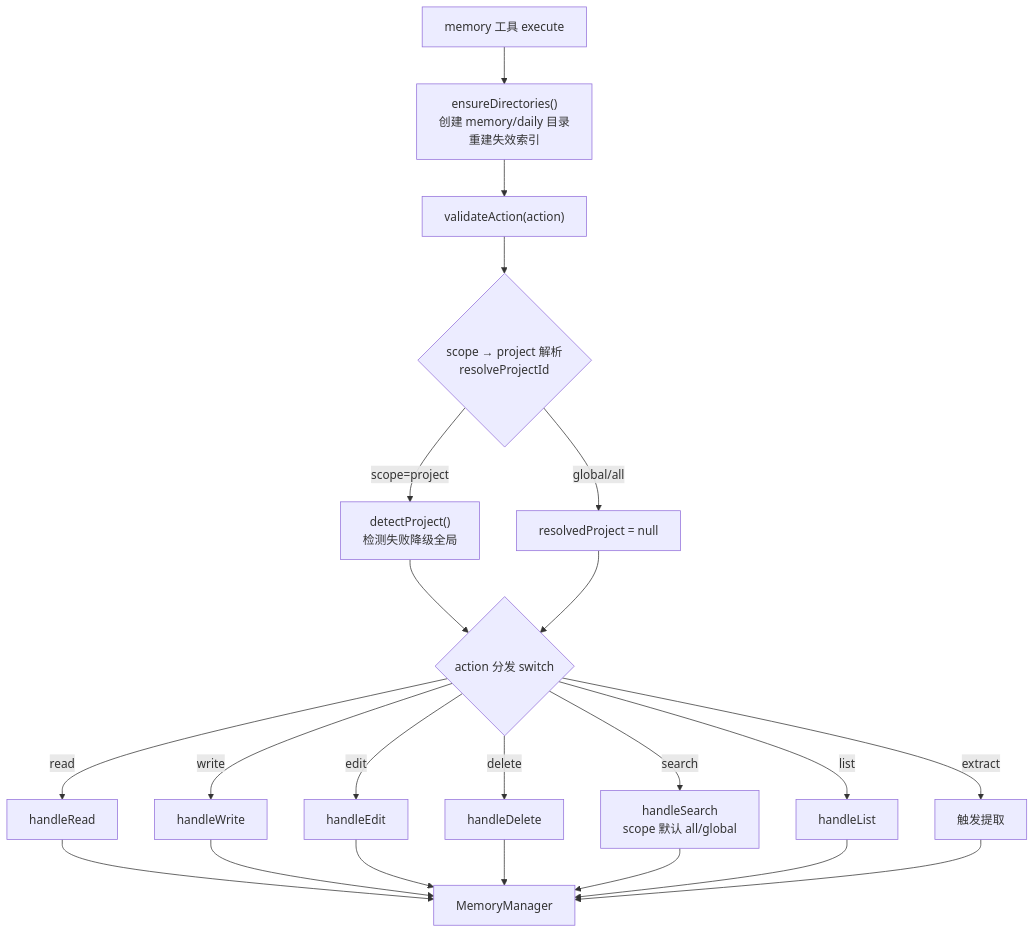
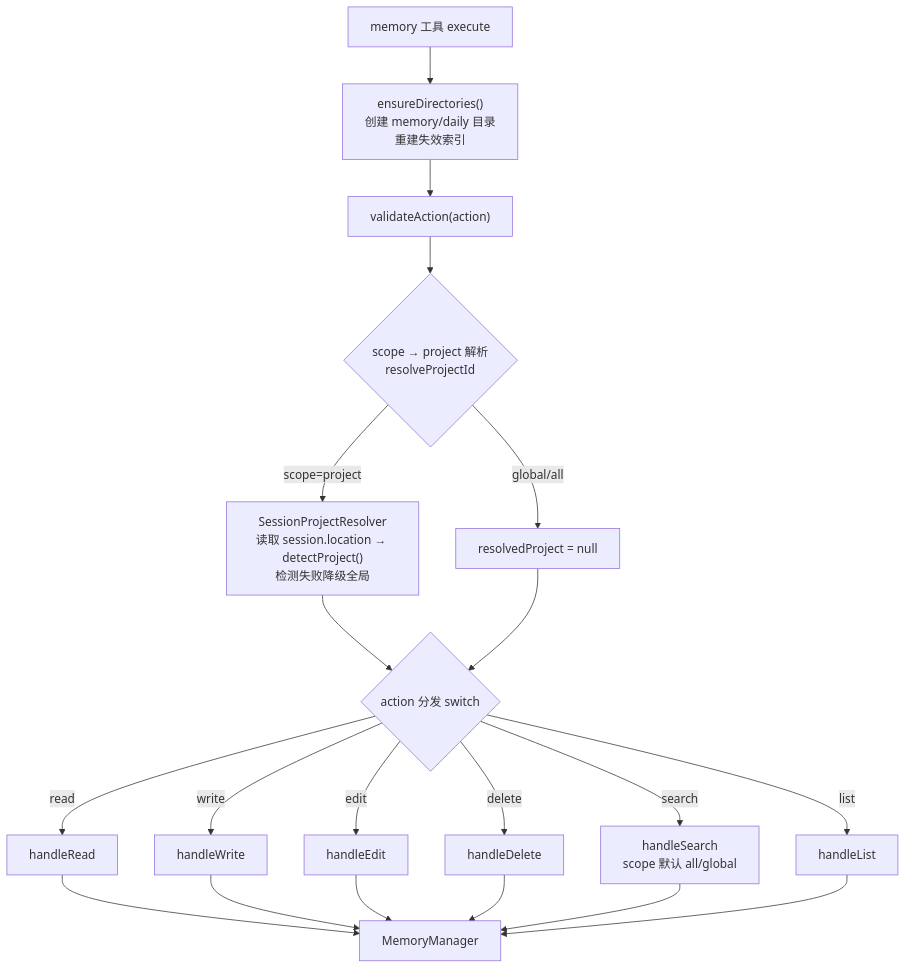
Before and after one commit to devcxl/opencode-memory: the third of 6 diagrams in docs/dev/architecture-flow.md, drawn with Mermaid. The commit also changed other lines of this file and 19 other files, not shown here.

````diff
--- a/docs/dev/architecture-flow.md
+++ b/docs/dev/architecture-flow.md
@@ -110,24 +114,22 @@
 ```mermaid
 flowchart TD
     A["memory 工具 execute"] --> B["ensureDirectories()<br/>创建 memory/daily 目录<br/>重建失效索引"]
     B --> C["validateAction(action)"]
     C --> D{"scope → project 解析<br/>resolveProjectId"}
-    D -->|"scope=project"| E["detectProject()<br/>检测失败降级全局"]
+    D -->|"scope=project"| E["SessionProjectResolver<br/>读取 session.location → detectProject()<br/>检测失败降级全局"]
     D -->|"global/all"| F["resolvedProject = null"]
     E --> G
     F --> G{"action 分发 switch"}
     G -->|read| H1[handleRead]
     G -->|write| H2[handleWrite]
     G -->|edit| H3[handleEdit]
     G -->|delete| H4[handleDelete]
     G -->|search| H5[handleSearch<br/>scope 默认 all/global]
     G -->|list| H6[handleList]
-    G -->|extract| H7[触发提取]
     H1 --> M[MemoryManager]
     H2 --> M
     H3 --> M
     H4 --> M
     H5 --> M
     H6 --> M
-    H7 --> M
 ```
````
